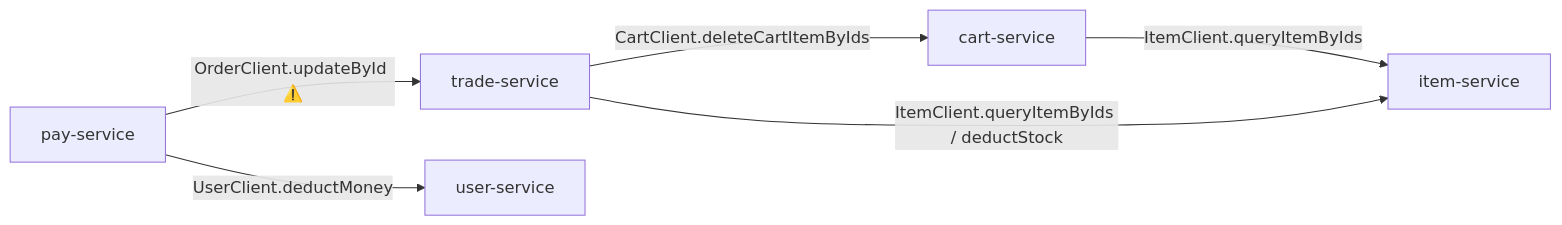
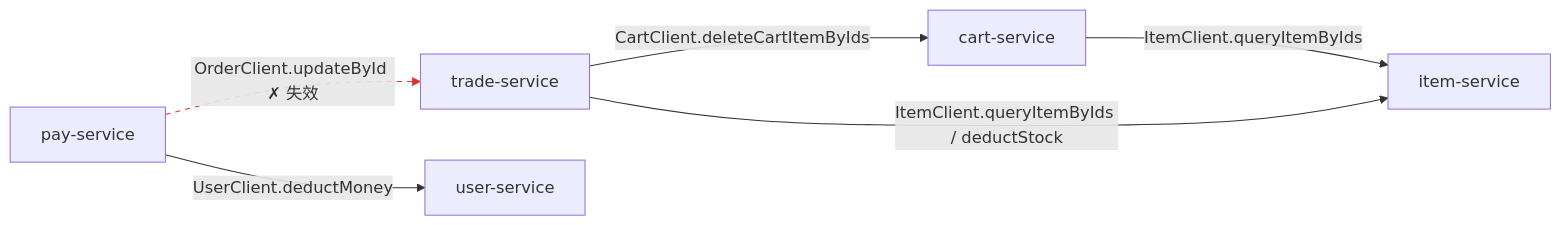
Before and after one commit to 3219378872/web-dev-experiment: the second of 2 diagrams in docs/structure/02-module-dependencies.md, drawn with Mermaid. The commit also changed other lines of this file and 2 other files, not shown here.

First line of the commit message:
docs: correct OrderClient as a broken Feign call (codex round 2)

````diff
--- a/docs/structure/02-module-dependencies.md
+++ b/docs/structure/02-module-dependencies.md
@@ -35,14 +35,16 @@
 ```mermaid
 flowchart LR
     CS[cart-service]
     TS[trade-service]
     PS[pay-service]
     IS[item-service]
     US[user-service]
 
     CS -- "ItemClient.queryItemByIds" --> IS
     TS -- "ItemClient.queryItemByIds / deductStock" --> IS
     TS -- "CartClient.deleteCartItemByIds" --> CS
     PS -- "UserClient.deductMoney" --> US
-    PS -- "OrderClient.updateById ⚠️" --> TS
+    PS -.->|"OrderClient.updateById ✗ 失效"| TS
+
+    linkStyle 4 stroke:#d33,stroke-dasharray:5 5
 ```
````
